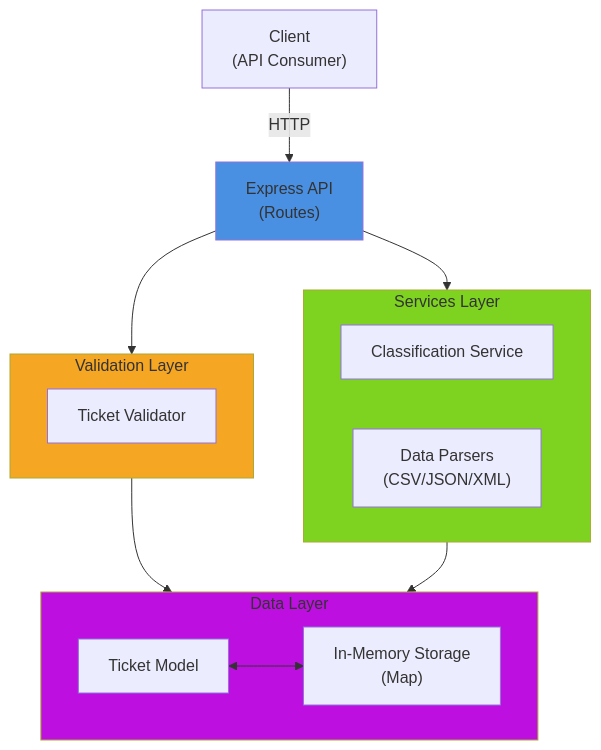
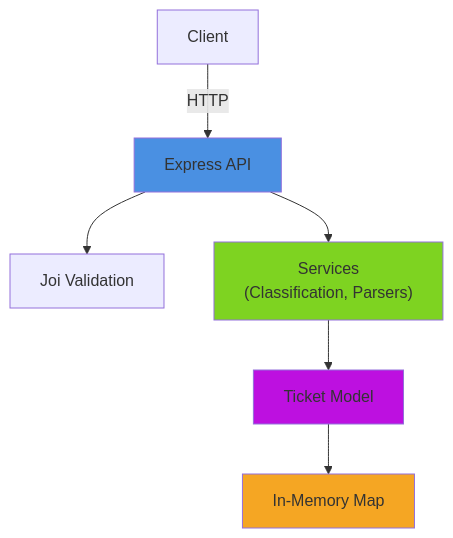
Before and after one commit to oreland97/AI-Coding-Partner-Homework: the diagram in homework-2/README.md, drawn with Mermaid. The commit also changed other lines of this file and 4 other files, not shown here.

````diff
--- a/homework-2/README.md
+++ b/homework-2/README.md
@@ -18,31 +165,13 @@
 ```mermaid
 graph TB
-    Client["Client<br/>(API Consumer)"]
-    API["Express API<br/>(Routes)"]
-    
-    subgraph Services["Services Layer"]
-        CS["Classification Service"]
-        Parsers["Data Parsers<br/>(CSV/JSON/XML)"]
-    end
-    
-    subgraph Validation["Validation Layer"]
-        Validator["Ticket Validator"]
-    end
-    
-    subgraph Data["Data Layer"]
-        Model["Ticket Model"]
-        Storage["In-Memory Storage<br/>(Map)"]
-    end
-    
-    Client -->|HTTP| API
-    API --> Services
-    API --> Validation
-    Validation --> Data
-    Services --> Data
-    Model <--> Storage
+    Client["Client"] -->|HTTP| API["Express API"]
+    API --> Validation["Joi Validation"]
+    API --> Services["Services<br/>(Classification, Parsers)"]
+    Services --> Model["Ticket Model"]
+    Model --> Storage["In-Memory Map"]
     
     style API fill:#4A90E2
     style Services fill:#7ED321
-    style Validation fill:#F5A623
-    style Data fill:#BD10E0
+    style Model fill:#BD10E0
+    style Storage fill:#F5A623
 ```
````
